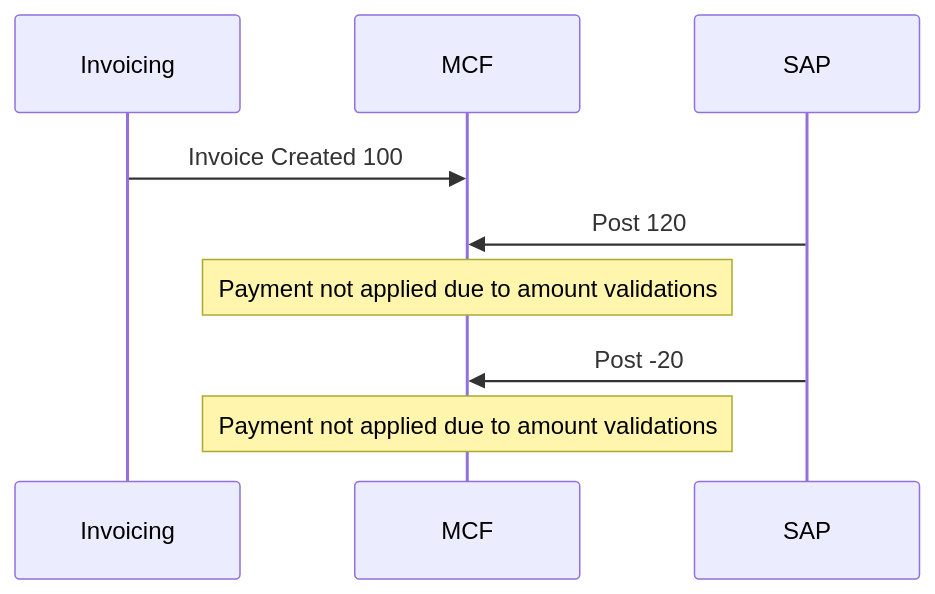
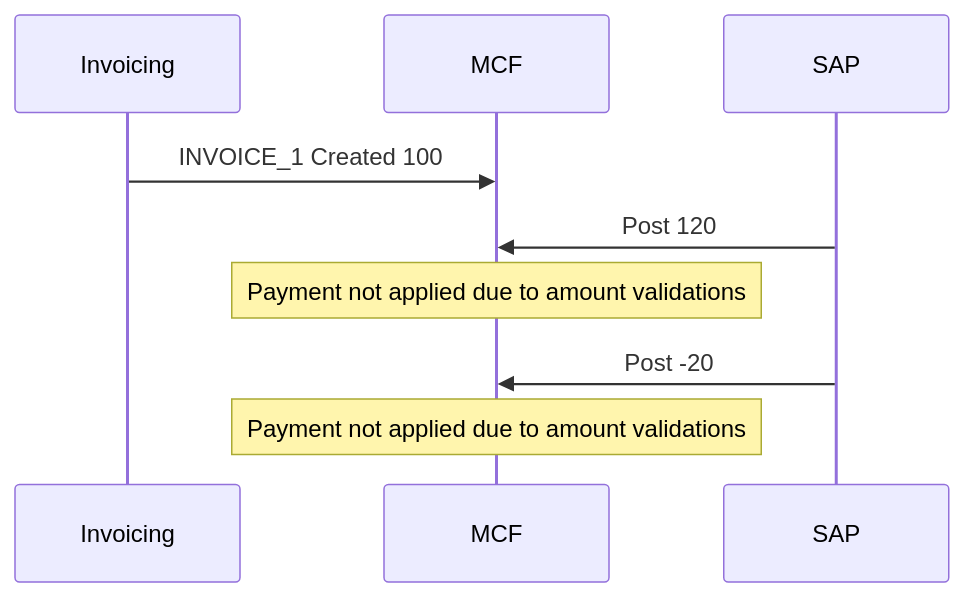
One commit to vikramsinha/test1 changed the third of 17 diagrams in MCF-SAP Scenarios.md. Above: the diagram before and after it, drawn with Mermaid. The commit also changed other lines of this file, not shown here.

Commit message:
Update MCF-SAP Scenarios.md

````diff
--- a/MCF-SAP Scenarios.md
+++ b/MCF-SAP Scenarios.md
@@ -33,12 +33,12 @@
 ```mermaid
 %%{init: {'theme': 'default'} }%%
 sequenceDiagram
     participant Invoicing
     participant MCF
     participant SAP
-    Invoicing->>MCF: Invoice Created 100
+    Invoicing->>MCF: INVOICE_1 Created 100
     SAP->>MCF: Post 120
     Note over MCF: Payment not applied due to amount validations
     SAP->>MCF: Post -20
     Note over MCF: Payment not applied due to amount validations
 ```
````
